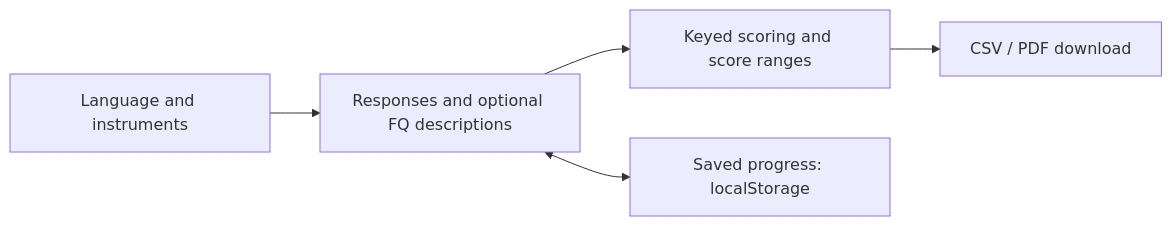
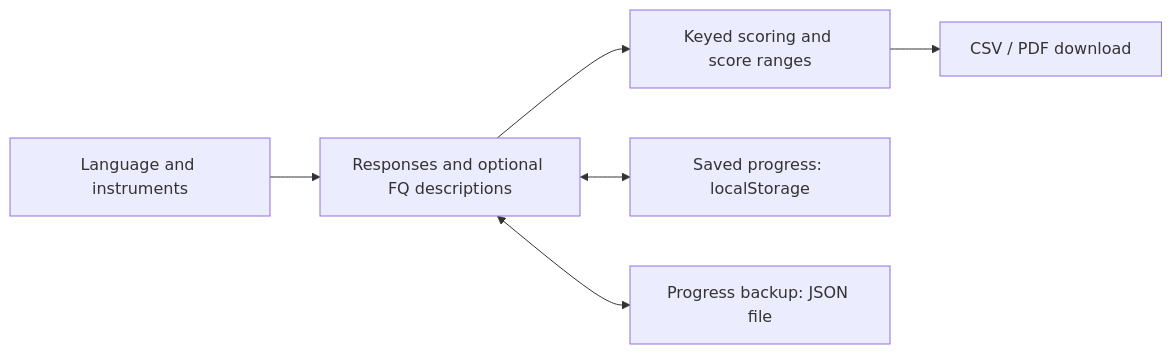
Before and after one commit to urmeo/psychometric: the diagram in README.md, drawn with Mermaid. The commit also changed other lines of this file and 7 other files, not shown here.

````diff
--- a/README.md
+++ b/README.md
@@ -11,7 +11,8 @@
 ```mermaid
 flowchart LR
     A[Language and instruments] --> B[Responses and optional FQ descriptions]
     B --> C[Keyed scoring and score ranges]
     C --> D[CSV / PDF download]
     B <--> E[Saved progress: localStorage]
+    B <--> F[Progress backup: JSON file]
 ```
````
